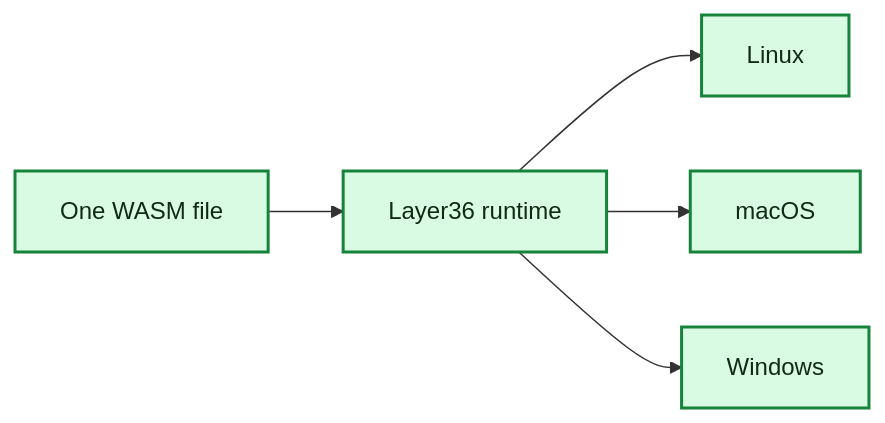
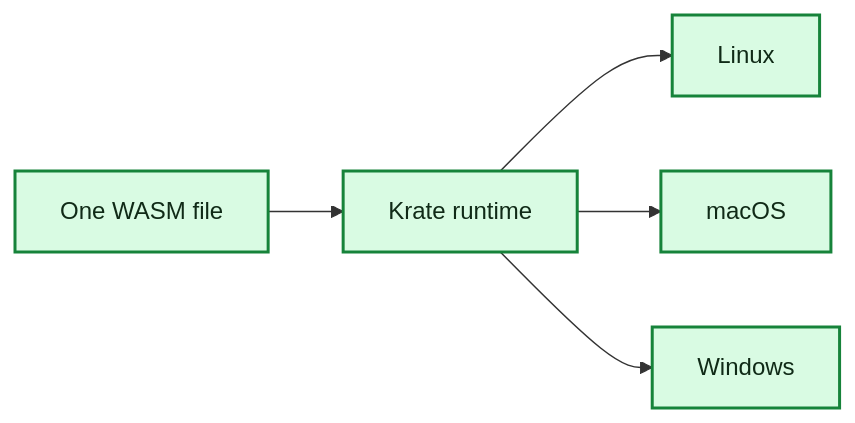
One commit to incyashraj/krate changed the diagram in docs/book/src/phases/phase-1.md. Above: the diagram before and after it, drawn with Mermaid. The commit also changed other lines of this file and 342 other files, not shown here.

First line of the commit message:
feat!: rename Layer36 to Krate across the entire system (A9 Phase B)

````diff
--- a/docs/book/src/phases/phase-1.md
+++ b/docs/book/src/phases/phase-1.md
@@ -26,10 +26,10 @@
 ```mermaid
 flowchart LR
-    W["One WASM file"] --> R["Layer36 runtime"]
+    W["One WASM file"] --> R["Krate runtime"]
     R --> L["Linux"]
     R --> M["macOS"]
     R --> X["Windows"]
 
     classDef done fill:#d9fbe3,stroke:#16833a,color:#102a17,stroke-width:2px;
     class W,R,L,M,X done;
 ```
````
